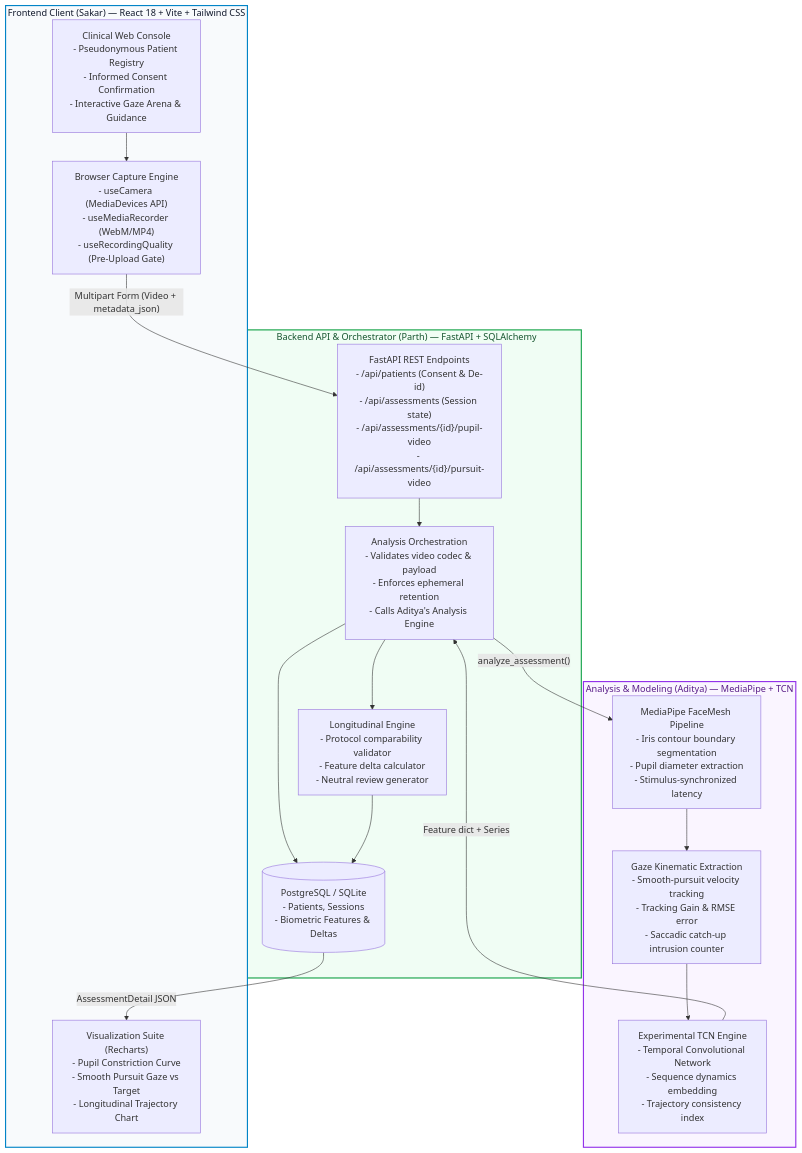
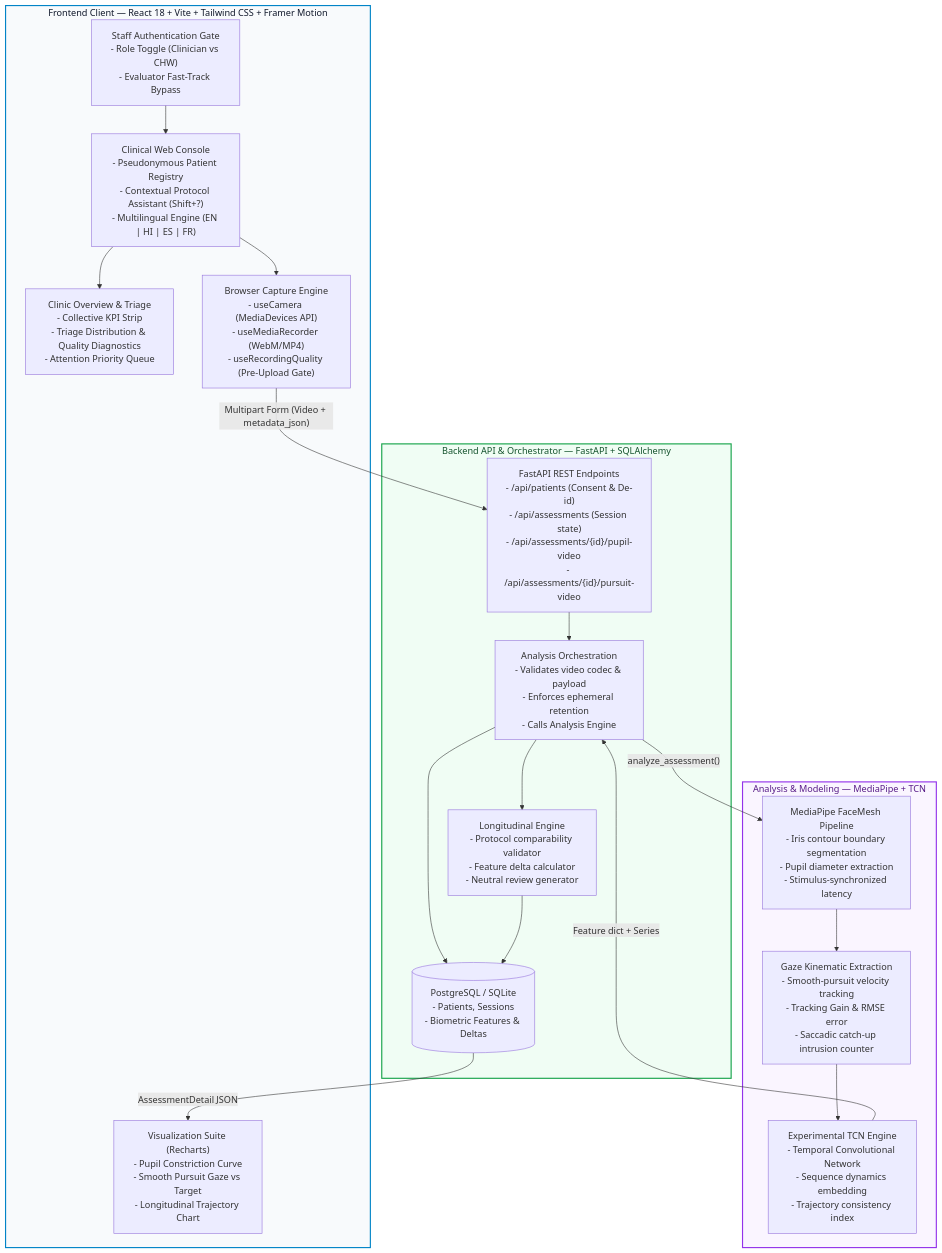
One commit to sakararya43-web/OcuTrack changed the second of 3 diagrams in README.md. Above: the diagram before and after it, drawn with Mermaid. The commit also changed other lines of this file, not shown here.

Commit message:
docs: update README with staff login, protocol assistant, multilingual i18n, and clinic triage overview

````diff
--- a/README.md
+++ b/README.md
@@ -82,37 +114,41 @@
 ```mermaid
 flowchart TD
-    subgraph FrontendLayer ["Frontend Client (Sakar) — React 18 + Vite + Tailwind CSS"]
-        UI["Clinical Web Console\n- Pseudonymous Patient Registry\n- Informed Consent Confirmation\n- Interactive Gaze Arena & Guidance"]
+    subgraph FrontendLayer ["Frontend Client — React 18 + Vite + Tailwind CSS + Framer Motion"]
+        Auth["Staff Authentication Gate\n- Role Toggle (Clinician vs CHW)\n- Evaluator Fast-Track Bypass"]
+        UI["Clinical Web Console\n- Pseudonymous Patient Registry\n- Contextual Protocol Assistant (Shift+?)\n- Multilingual Engine (EN | HI | ES | FR)"]
+        Clinic["Clinic Overview & Triage\n- Collective KPI Strip\n- Triage Distribution & Quality Diagnostics\n- Attention Priority Queue"]
         Capture["Browser Capture Engine\n- useCamera (MediaDevices API)\n- useMediaRecorder (WebM/MP4)\n- useRecordingQuality (Pre-Upload Gate)"]
         Charts["Visualization Suite (Recharts)\n- Pupil Constriction Curve\n- Smooth Pursuit Gaze vs Target\n- Longitudinal Trajectory Chart"]
     end
 
-    subgraph BackendLayer ["Backend API & Orchestrator (Parth) — FastAPI + SQLAlchemy"]
+    subgraph BackendLayer ["Backend API & Orchestrator — FastAPI + SQLAlchemy"]
         API["FastAPI REST Endpoints\n- /api/patients (Consent & De-id)\n- /api/assessments (Session state)\n- /api/assessments/{id}/pupil-video\n- /api/assessments/{id}/pursuit-video"]
-        Orch["Analysis Orchestration\n- Validates video codec & payload\n- Enforces ephemeral retention\n- Calls Aditya's Analysis Engine"]
+        Orch["Analysis Orchestration\n- Validates video codec & payload\n- Enforces ephemeral retention\n- Calls Analysis Engine"]
         Longitudinal["Longitudinal Engine\n- Protocol comparability validator\n- Feature delta calculator\n- Neutral review generator"]
         DB[(PostgreSQL / SQLite\n- Patients, Sessions\n- Biometric Features & Deltas)]
     end
 
-    subgraph AnalysisLayer ["Analysis & Modeling (Aditya) — MediaPipe + TCN"]
+    subgraph AnalysisLayer ["Analysis & Modeling — MediaPipe + TCN"]
         CV["MediaPipe FaceMesh Pipeline\n- Iris contour boundary segmentation\n- Pupil diameter extraction\n- Stimulus-synchronized latency"]
         Kinematics["Gaze Kinematic Extraction\n- Smooth-pursuit velocity tracking\n- Tracking Gain & RMSE error\n- Saccadic catch-up intrusion counter"]
         TCN["Experimental TCN Engine\n- Temporal Convolutional Network\n- Sequence dynamics embedding\n- Trajectory consistency index"]
     end
 
+    Auth --> UI
+    UI --> Clinic
     UI --> Capture
     Capture -->|"Multipart Form (Video + metadata_json)"| API
     API --> Orch
     Orch --> DB
     Orch -->|"analyze_assessment()"| CV
     CV --> Kinematics
     Kinematics --> TCN
     TCN -->|"Feature dict + Series"| Orch
     Orch --> Longitudinal
     Longitudinal --> DB
     DB -->|"AssessmentDetail JSON"| Charts
 
     style FrontendLayer fill:#f8fafc,stroke:#0284c7,stroke-width:2px,color:#0f172a
     style BackendLayer fill:#f0fdf4,stroke:#16a34a,stroke-width:2px,color:#14532d
     style AnalysisLayer fill:#faf5ff,stroke:#9333ea,stroke-width:2px,color:#581c87
 ```
````
